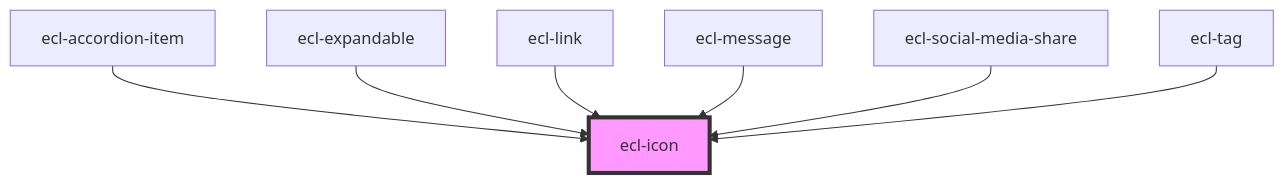
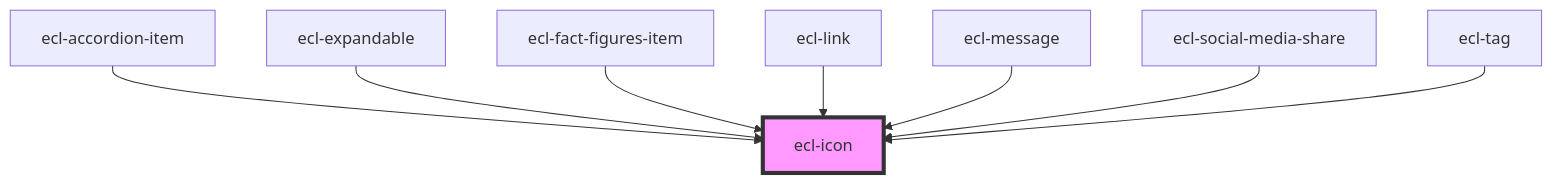
Before and after one commit to ec-europa/ecl-webcomponents: the diagram in src/components/ecl-icon/readme.md, drawn with Mermaid. The commit also changed other lines of this file and 15 other files, not shown here.

Commit message:
chore(webcomponents): Adding Fact and figures

````diff
--- a/src/components/ecl-icon/readme.md
+++ b/src/components/ecl-icon/readme.md
@@ -32,10 +33,11 @@
 ```mermaid
 graph TD;
   ecl-accordion-item --> ecl-icon
   ecl-expandable --> ecl-icon
+  ecl-fact-figures-item --> ecl-icon
   ecl-link --> ecl-icon
   ecl-message --> ecl-icon
   ecl-social-media-share --> ecl-icon
   ecl-tag --> ecl-icon
   style ecl-icon fill:#f9f,stroke:#333,stroke-width:4px
 ```
````
